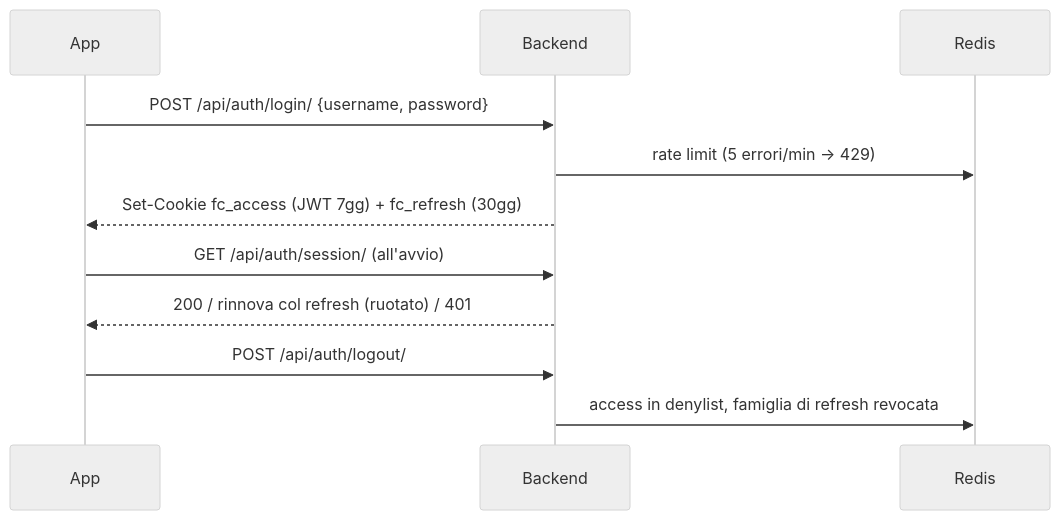
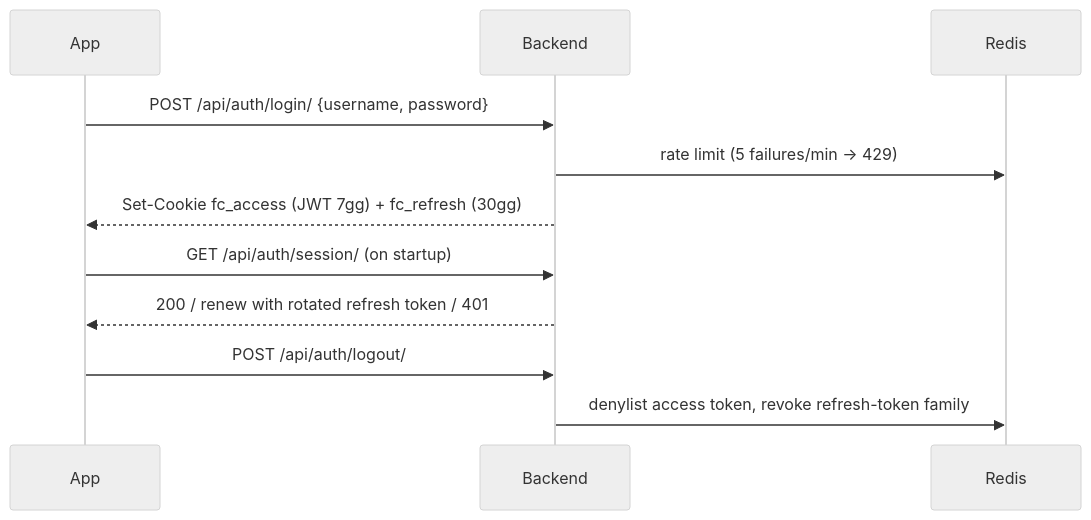
One commit to jackw1-tech/FlashCardApp changed the seventh of 8 diagrams in README.md. Above: the diagram before and after it, drawn with Mermaid (neutral theme). The commit also changed other lines of this file, not shown here.

````diff
--- a/README.md
+++ b/README.md
@@ -229,13 +229,13 @@
 ```mermaid
 sequenceDiagram
     participant A as App
     participant B as Backend
     participant X as Redis
     A->>B: POST /api/auth/login/ {username, password}
-    B->>X: rate limit (5 errori/min → 429)
+    B->>X: rate limit (5 failures/min → 429)
     B-->>A: Set-Cookie fc_access (JWT 7gg) + fc_refresh (30gg)
-    A->>B: GET /api/auth/session/ (all'avvio)
-    B-->>A: 200 / rinnova col refresh (ruotato) / 401
+    A->>B: GET /api/auth/session/ (on startup)
+    B-->>A: 200 / renew with rotated refresh token / 401
     A->>B: POST /api/auth/logout/
-    B->>X: access in denylist, famiglia di refresh revocata
+    B->>X: denylist access token, revoke refresh-token family
 ```
````
